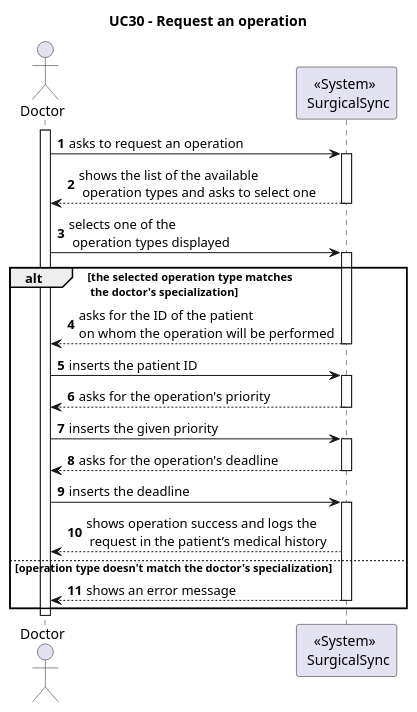
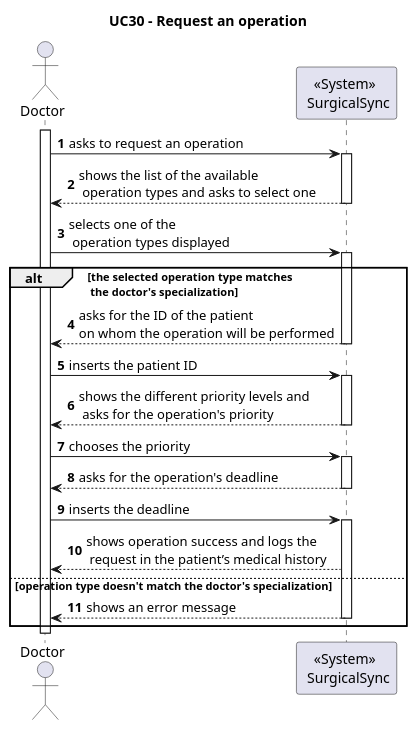
One commit to MiguelCardoso77/SurgicalSync-BackEnd changed the diagram in Wiki/SprintA/diagrams/use-cases/30-request-an-operation/level1/process-view.puml. Above: the diagram before and after it, drawn with PlantUML. The commit also changed 3 other files, not shown here.

Commit message:
Fixing the level1 and level2 diagrams #16

```diff
--- a/Wiki/SprintA/diagrams/use-cases/30-request-an-operation/level1/process-view.puml
+++ b/Wiki/SprintA/diagrams/use-cases/30-request-an-operation/level1/process-view.puml
@@ -1,61 +1,61 @@
 @startuml
 autonumber
 
 Title "UC30 - Request an operation"
 
 actor "Doctor" as D
 participant "<<System>> \n SurgicalSync" as SYSTEM
 
 activate D
 
 D -> SYSTEM: asks to request an operation
 
     activate SYSTEM
     
     SYSTEM --> D: shows the list of the available \n operation types and asks to select one
     
     deactivate SYSTEM
     
 D -> SYSTEM: selects one of the \n operation types displayed
 
 alt the selected operation type matches \n the doctor's specialization
     
     activate SYSTEM 
     
     SYSTEM --> D: asks for the ID of the patient \non whom the operation will be performed
     
     deactivate SYSTEM  
 
     D -> SYSTEM: inserts the patient ID
 
     activate SYSTEM
     
-    SYSTEM --> D: asks for the operation's priority
+    SYSTEM --> D: shows the different priority levels and \n asks for the operation's priority
     
     deactivate SYSTEM
     
-    D -> SYSTEM: inserts the given priority
+    D -> SYSTEM: chooses the priority
     
     activate SYSTEM
     
     SYSTEM --> D: asks for the operation's deadline
     
     deactivate SYSTEM
     
     D -> SYSTEM: inserts the deadline
     
     activate SYSTEM
     
     SYSTEM --> D: shows operation success and logs the \n request in the patient’s medical history
     
     else operation type doesn't match the doctor's specialization
         
         SYSTEM --> D: shows an error message
         
         deactivate SYSTEM
 
     end
 
 deactivate D
 
 @enduml
```
